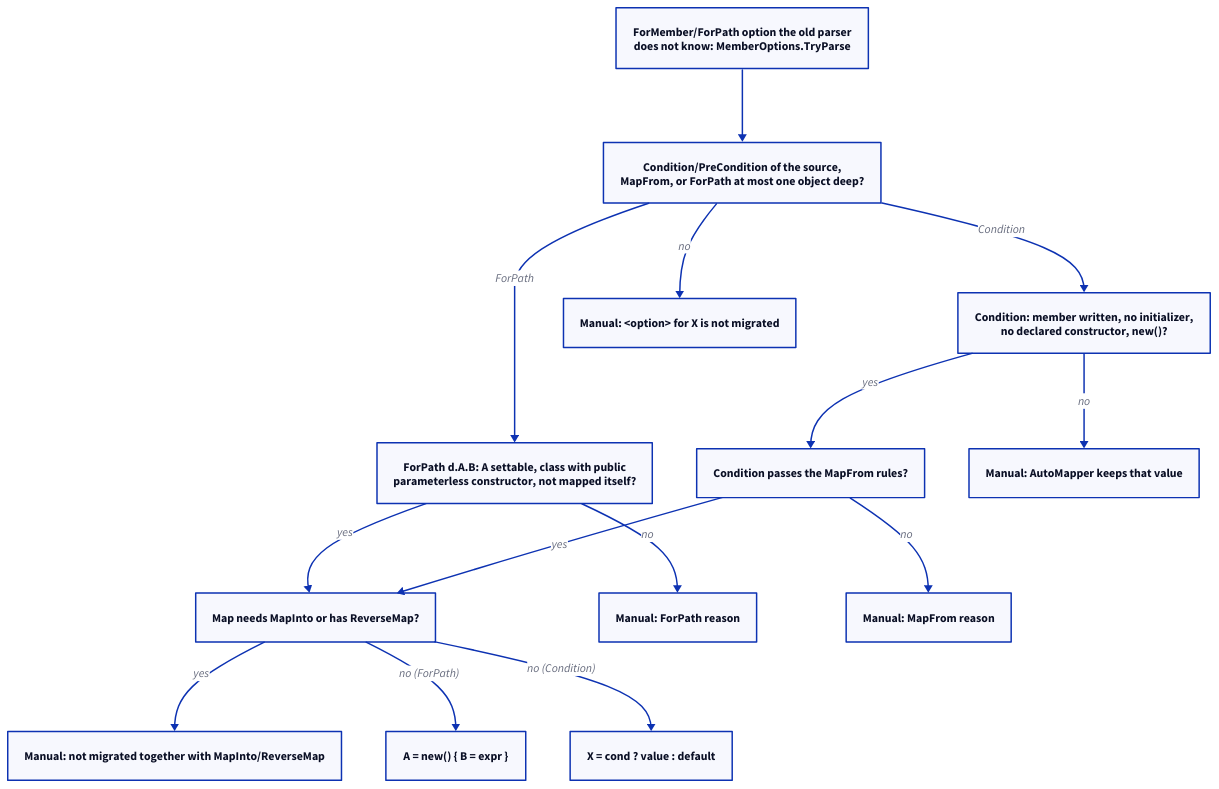
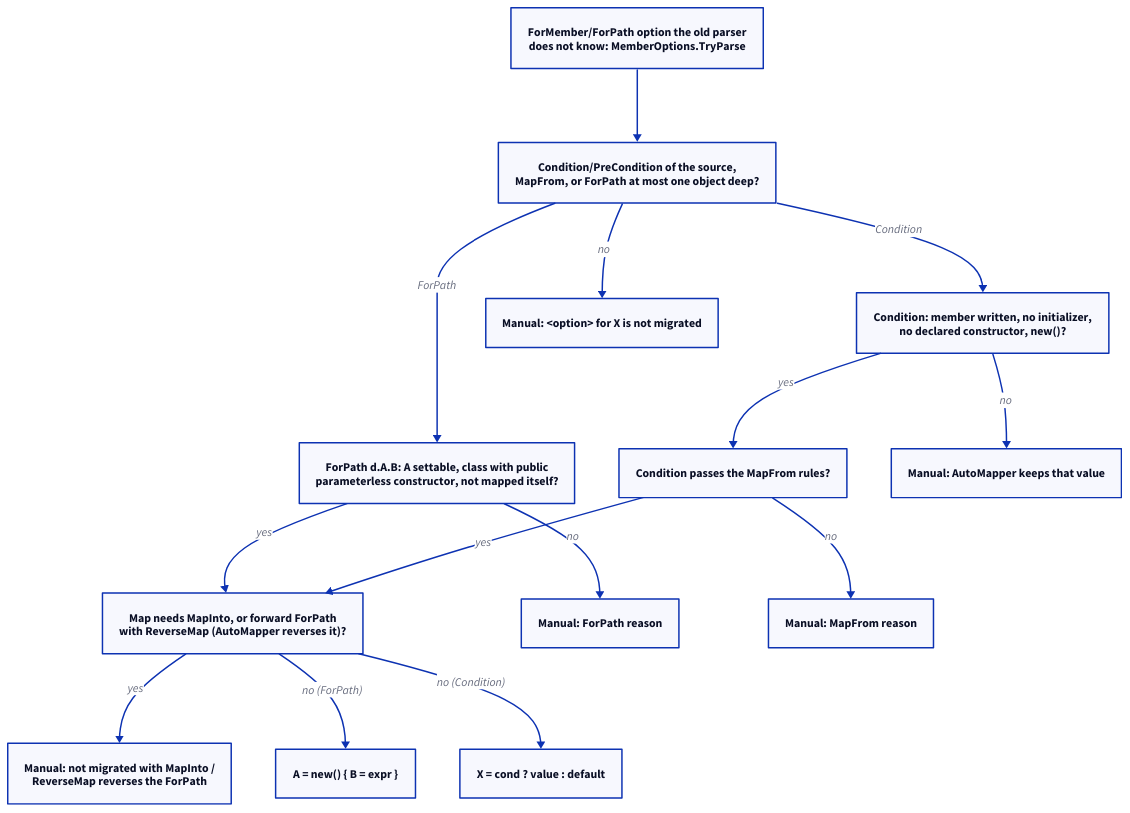
One commit to ATkingma/unshackle changed the diagram in docs/projectinfo/patterns/img/automapper-member-options-modellen-1.d2. Above: the diagram before and after it, drawn with D2. The commit also changed 26 other files, not shown here.

First line of the commit message:
Support Condition and ForPath on the reverse map of a ReverseMap (TAAK-264)

```diff
--- a/docs/projectinfo/patterns/img/automapper-member-options-modellen-1.d2
+++ b/docs/projectinfo/patterns/img/automapper-member-options-modellen-1.d2
@@ -1,27 +1,27 @@
 direction: down
 p1: "ForMember/ForPath option the old parser\ndoes not know: MemberOptions.TryParse"
 p2: "Condition/PreCondition of the source,\nMapFrom, or ForPath at most one object deep?"
-q1: "Map needs MapInto or has ReverseMap?"
+q1: "Map needs MapInto, or forward ForPath\nwith ReverseMap (AutoMapper reverses it)?"
 q2: "ForPath d.A.B: A settable, class with public\nparameterless constructor, not mapped itself?"
 q3: "Condition: member written, no initializer,\nno declared constructor, new()?"
 q4: "Condition passes the MapFrom rules?"
 okp: "A = new() { B = expr }"
 okc: "X = cond ? value : default"
 m0: "Manual: <option> for X is not migrated"
-m1: "Manual: not migrated together with MapInto/ReverseMap"
+m1: "Manual: not migrated with MapInto /\nReverseMap reverses the ForPath"
 m2: "Manual: ForPath reason"
 m3: "Manual: AutoMapper keeps that value"
 m4: "Manual: MapFrom reason"
 p1 -> p2
 p2 -> m0: no
 p2 -> q2: ForPath
 p2 -> q3: Condition
 q2 -> m2: no
 q2 -> q1: yes
 q3 -> m3: no
 q3 -> q4: yes
 q4 -> m4: no
 q4 -> q1: yes
 q1 -> m1: yes
 q1 -> okp: no (ForPath)
 q1 -> okc: no (Condition)
```
